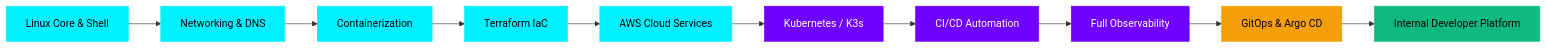
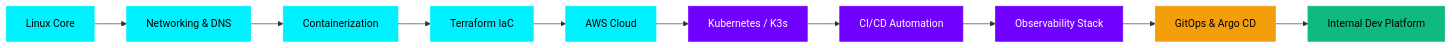
One commit to fendyramadhani9-cloud/fendyramadhani9-cloud changed the second of 2 diagrams in README.md. Above: the diagram before and after it, drawn with Mermaid. The commit also changed other lines of this file, not shown here.

Commit message:
fix: correct all URL encoding, add mermaid mindmap skills, fix all broken badge logos

````diff
--- a/README.md
+++ b/README.md
@@ -163,17 +159,17 @@
 ```mermaid
 graph LR
-    A[Linux Core & Shell]:::done --> B[Networking & DNS]:::done
-    B --> C[Containerization]:::done
-    C --> D[Terraform IaC]:::done
-    D --> E[AWS Cloud Services]:::done
-    E --> F[Kubernetes / K3s]:::active
-    F --> G[CI/CD Automation]:::active
-    G --> H[Full Observability]:::active
-    H --> I[GitOps & Argo CD]:::exploring
-    I --> J[Internal Developer Platform]:::target
+    A["Linux Core"]:::done --> B["Networking & DNS"]:::done
+    B --> C["Containerization"]:::done
+    C --> D["Terraform IaC"]:::done
+    D --> E["AWS Cloud"]:::done
+    E --> F["Kubernetes / K3s"]:::active
+    F --> G["CI/CD Automation"]:::active
+    G --> H["Observability Stack"]:::active
+    H --> I["GitOps & Argo CD"]:::exploring
+    I --> J["Internal Dev Platform"]:::target
 
     classDef done fill:#00f0ff,color:#000,stroke:#00f0ff
     classDef active fill:#7000ff,color:#fff,stroke:#7000ff
     classDef exploring fill:#f59e0b,color:#000,stroke:#f59e0b
     classDef target fill:#10b981,color:#000,stroke:#10b981
 ```
````
